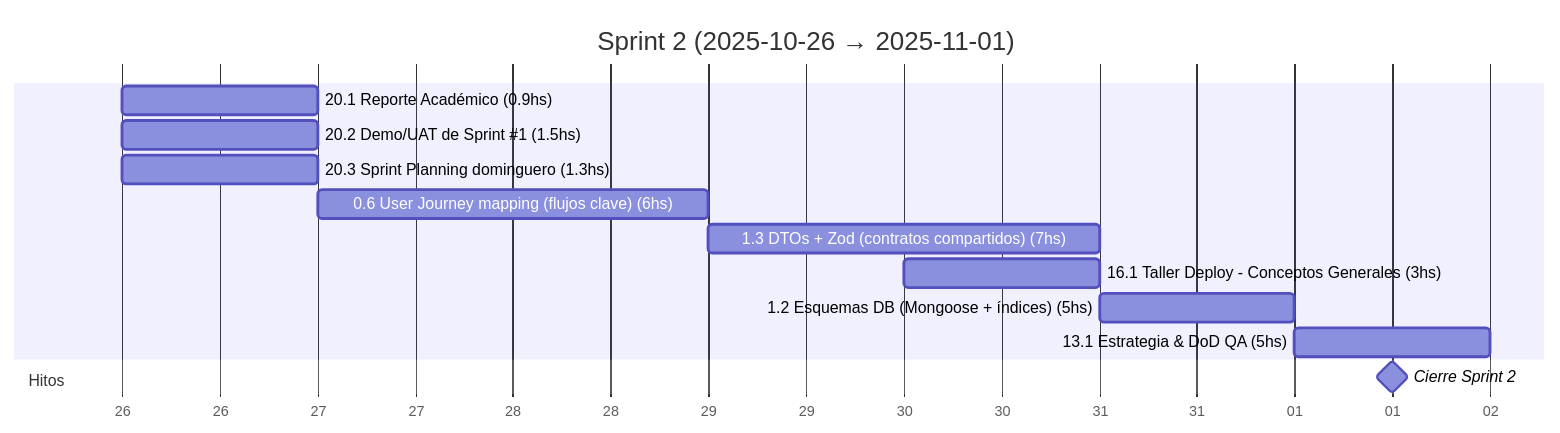
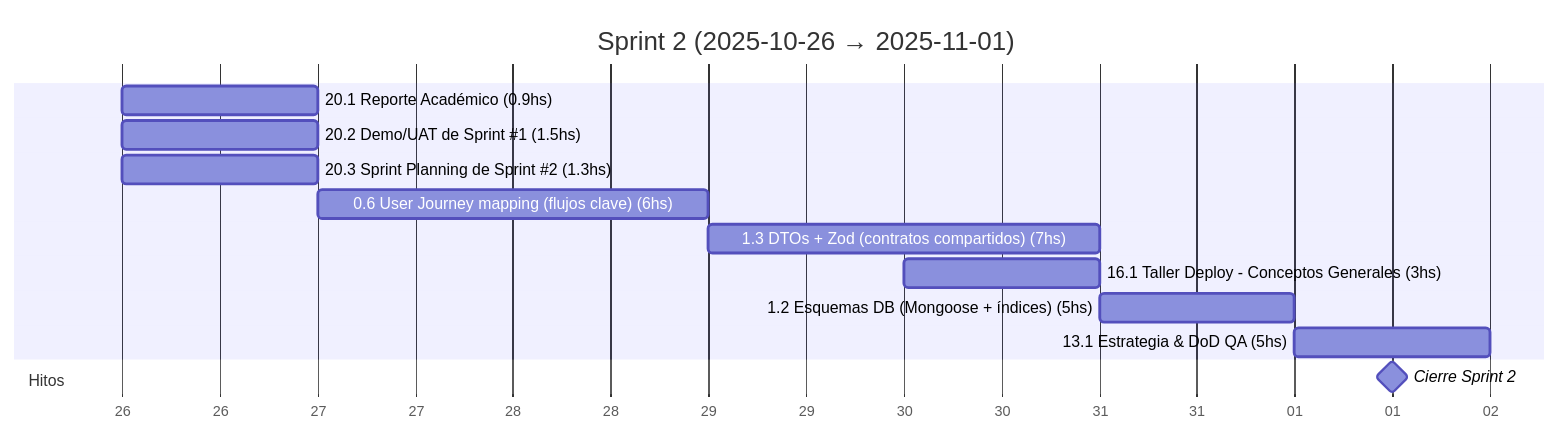
The third of 19 diagrams in docs/SprintsGantts.md (MarkMed/FleetMan), drawn with Mermaid before and after one commit. The commit also changed other lines of this file and 2 other files, not shown here.

Commit message:
feat: Update Sprint Planning references to include specific sprint numbers

````diff
--- a/docs/SprintsGantts.md
+++ b/docs/SprintsGantts.md
@@ -78,20 +78,20 @@
 ```mermaid
 gantt
   title Sprint 2 (2025-10-26 → 2025-11-01)
   dateFormat  YYYY-MM-DD
   axisFormat  %d
 
   %% Asumimos 5 h/día. Horas estimadas incluidas en el nombre.
 
   20.1 Reporte Académico (0.9hs)               :t201, 2025-10-26, 1d
   20.2 Demo/UAT de Sprint #1 (1.5hs)           :t202, 2025-10-26, 1d
-  20.3 Sprint Planning dominguero (1.3hs)      :t203, 2025-10-26, 1d
+  20.3 Sprint Planning de Sprint #2 (1.3hs)      :t203, 2025-10-26, 1d
   0.6 User Journey mapping (flujos clave) (6hs) :t06, after t203, 2d
   1.3 DTOs + Zod (contratos compartidos) (7hs) :t13, after t06, 2d
   16.1 Taller Deploy - Conceptos Generales (3hs) :t161, 2025-10-30, 1d
   1.2 Esquemas DB (Mongoose + índices) (5hs)   :t12, after t13, 1d
   13.1 Estrategia & DoD QA (5hs)               :t131, after t12, 1d
 
   section Hitos
   Cierre Sprint 2                              :milestone, s2, 2025-11-01, 1d
 ```
````
